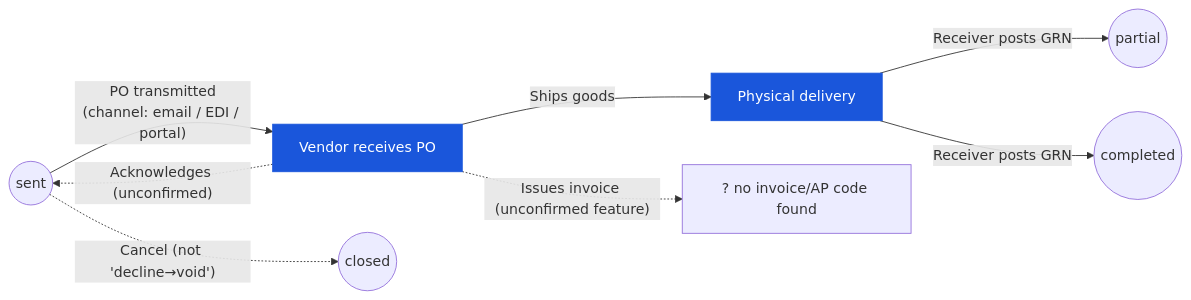
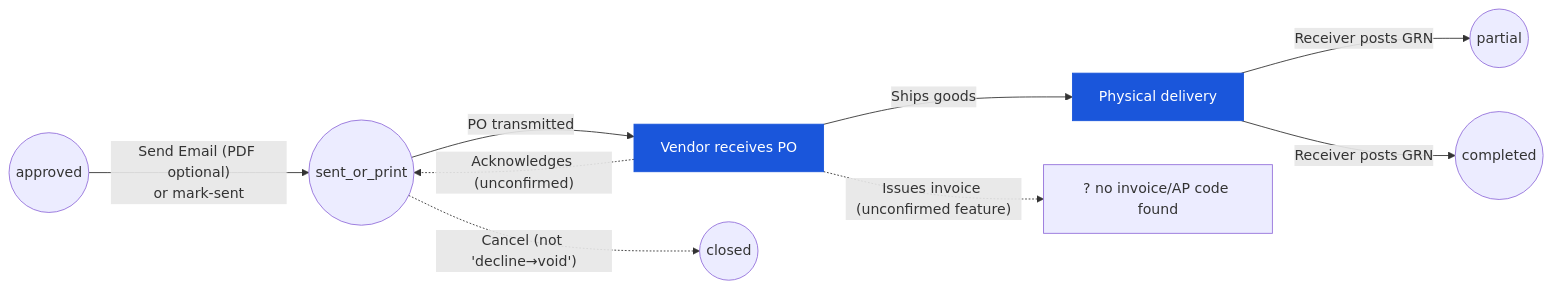
Before and after one commit to CarmenSoftware-organization/carmen-wiki: the diagram in en/inventory/purchase-order/03-user-flow-vendor.md, drawn with Mermaid. The commit also changed other lines of this file and 19 other files, not shown here.

First line of the commit message:
docs(inventory): re-sync Purchase Order + Credit Note to HEAD (approved / sent_or_print, one row per location, CN validation)

````diff
--- a/en/inventory/purchase-order/03-user-flow-vendor.md
+++ b/en/inventory/purchase-order/03-user-flow-vendor.md
@@ -23,11 +23,12 @@
 ```mermaid
 graph LR
-    sent(("sent")) -->|"PO transmitted<br/>(channel: email / EDI / portal)"| vendor["Vendor receives PO"]:::current
+    approved(("approved")) -->|"Send Email (PDF optional)<br/>or mark-sent"| sent(("sent_or_print"))
+    sent -->|"PO transmitted"| vendor["Vendor receives PO"]:::current
     vendor -.->|"Acknowledges (unconfirmed)"| sent
     vendor -->|"Ships goods"| recv["Physical delivery"]:::current
     recv -->|"Receiver posts GRN"| partial(("partial"))
     recv -->|"Receiver posts GRN"| completed(("completed"))
     vendor -.->|"Issues invoice (unconfirmed feature)"| inv["? no invoice/AP code found"]
     sent -.->|"Cancel (not 'decline→void')"| closed(("closed"))
     classDef current fill:#1a56db,color:#fff,stroke:#1a56db;
 ```
````
